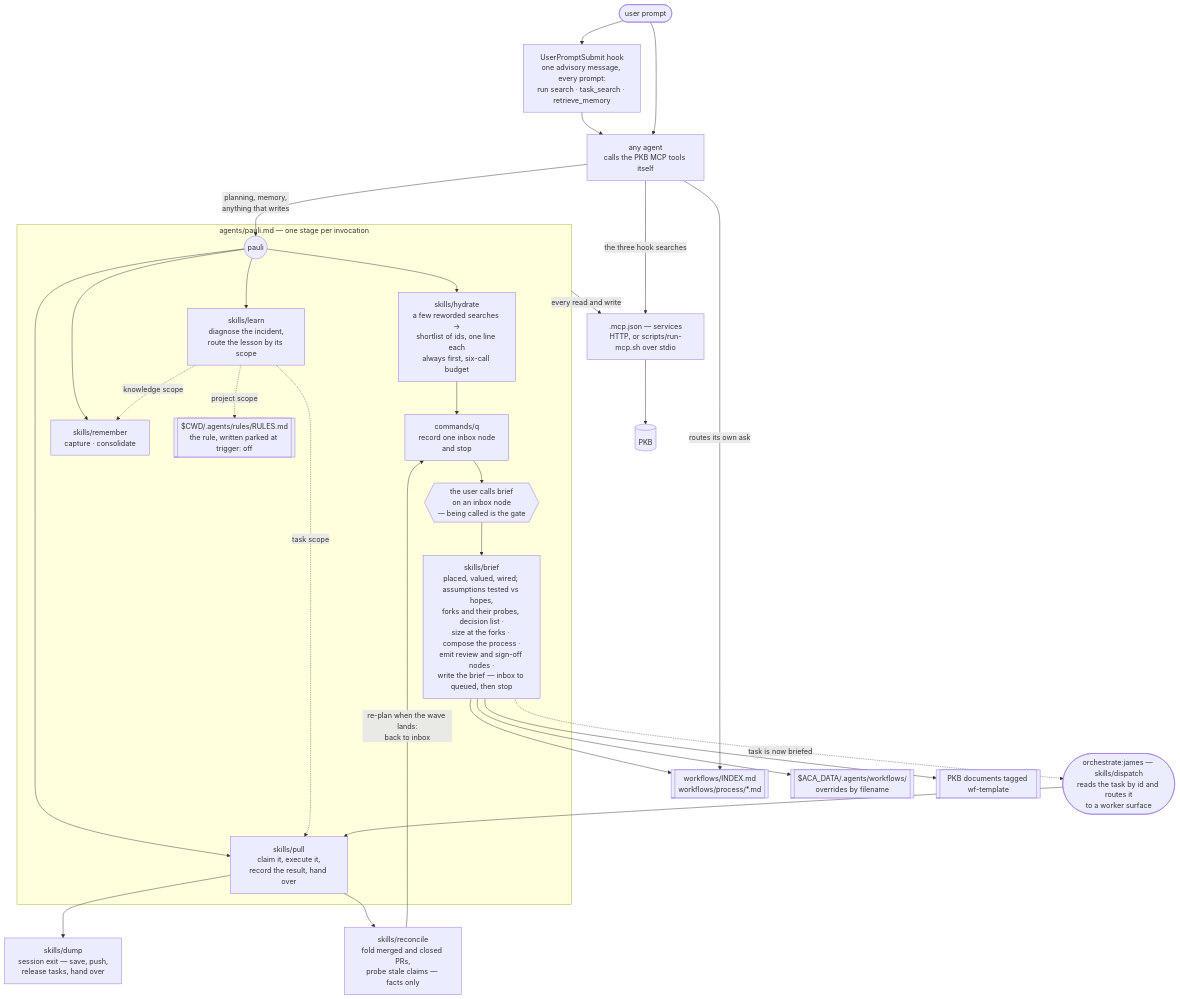
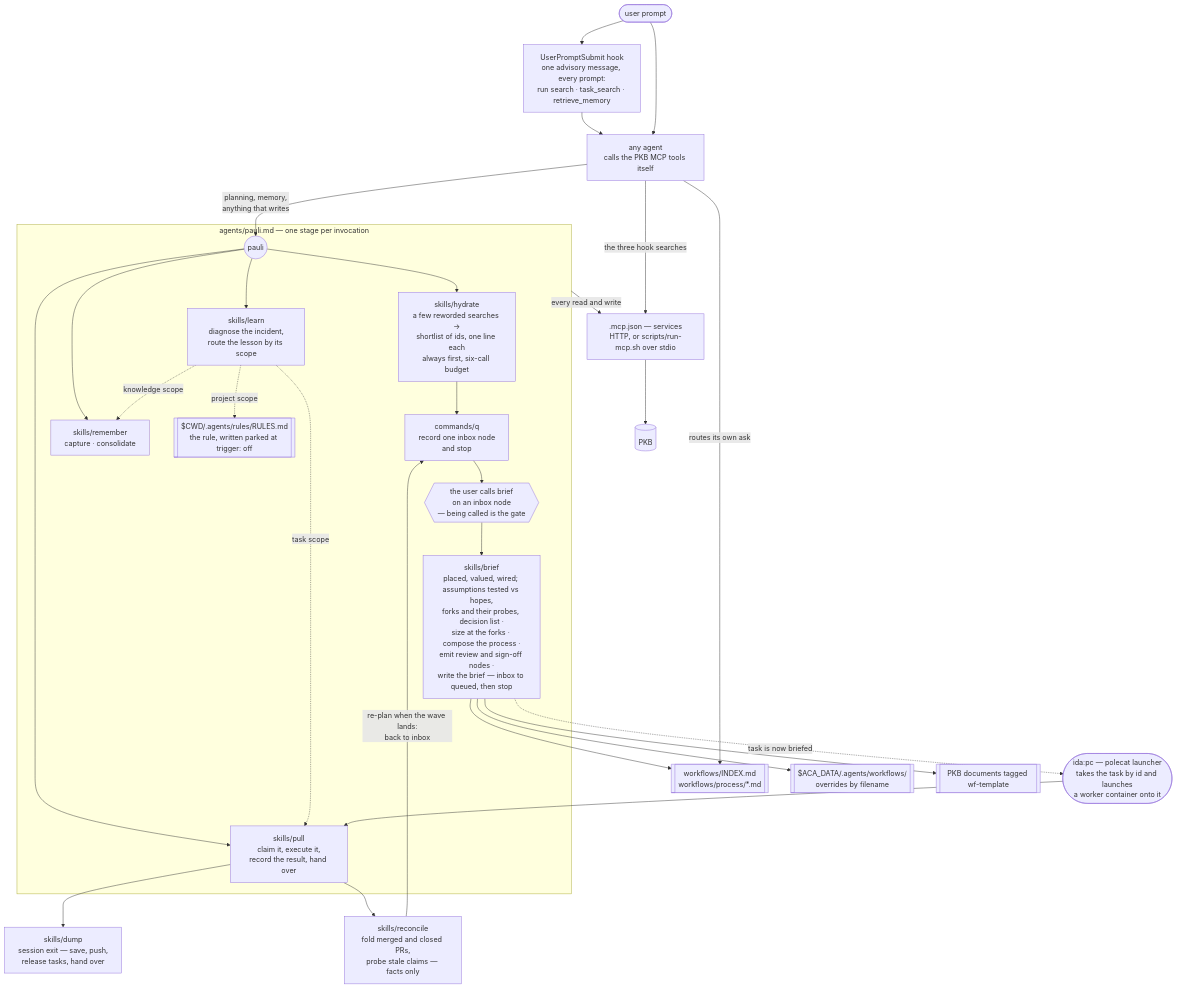
The diagram in plugins/pkb/README.md (nicsuzor/academicOps), drawn with Mermaid before and after one commit. The commit also changed 9 other files, not shown here.

First line of the commit message:
repoint dispatch-skill references at the surviving launcher

````diff
--- a/plugins/pkb/README.md
+++ b/plugins/pkb/README.md
@@ -8,44 +8,44 @@
 ```mermaid
 flowchart TD
     prompt([user prompt]) --> hook
 
     hook["UserPromptSubmit hook<br/>one advisory message, every prompt:<br/>run search · task_search · retrieve_memory"]
     hook --> agent
     prompt --> agent["any agent<br/>calls the PKB MCP tools itself"]
 
     agent -- "planning, memory,<br/>anything that writes" --> pauli
 
     subgraph pkbwrite["agents/pauli.md — one stage per invocation"]
         pauli(("pauli"))
         pauli --> hydrate["skills/hydrate<br/>a few reworded searches →<br/>shortlist of ids, one line each<br/>always first, six-call budget"]
 
         hydrate --> capture["commands/q<br/>record one inbox node<br/>and stop"]
         capture --> gate{{"the user calls brief<br/>on an inbox node<br/>— being called is the gate"}}
         gate --> brief["skills/brief<br/>placed, valued, wired; assumptions tested vs hopes,<br/>forks and their probes, decision list ·<br/>size at the forks · compose the process ·<br/>emit review and sign-off nodes ·<br/>write the brief — inbox to queued, then stop"]
 
         pauli --> pull["skills/pull<br/>claim it, execute it,<br/>record the result, hand over"]
         pauli --> remember["skills/remember<br/>capture · consolidate"]
         pauli --> learn["skills/learn<br/>diagnose the incident,<br/>route the lesson by its scope"]
 
         learn -. knowledge scope .-> remember
         learn -. project scope .-> rules[["$CWD/.agents/rules/RULES.md<br/>the rule, written parked at trigger: off"]]
         learn -. task scope .-> pull
     end
 
     pull --> dump["skills/dump<br/>session exit — save, push,<br/>release tasks, hand over"]
     pull --> reconcile["skills/reconcile<br/>fold merged and closed PRs,<br/>probe stale claims — facts only"]
     reconcile -- "re-plan when the wave lands:<br/>back to inbox" --> capture
 
     brief --> library[["workflows/INDEX.md<br/>workflows/process/*.md"]]
     brief --> userlayer[["$ACA_DATA/.agents/workflows/<br/>overrides by filename"]]
     brief --> wftemplates[["PKB documents tagged wf-template"]]
     agent -- "routes its own ask" --> library
 
     pkbwrite -- "every read and write" --> mcp
     agent -- "the three hook searches" --> mcp
 
     mcp[".mcp.json — services<br/>HTTP, or scripts/run-mcp.sh over stdio"] --> pkbstore[(PKB)]
 
-    brief -. "task is now briefed" .-> dispatch(["orchestrate:james — skills/dispatch<br/>reads the task by id and routes it<br/>to a worker surface"])
+    brief -. "task is now briefed" .-> dispatch(["ida:pc — polecat launcher<br/>takes the task by id and launches<br/>a worker container onto it"])
     dispatch --> pull
 ```
````
